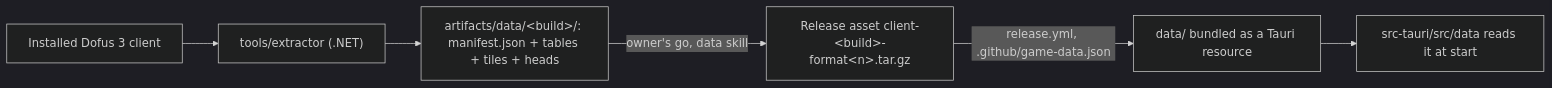
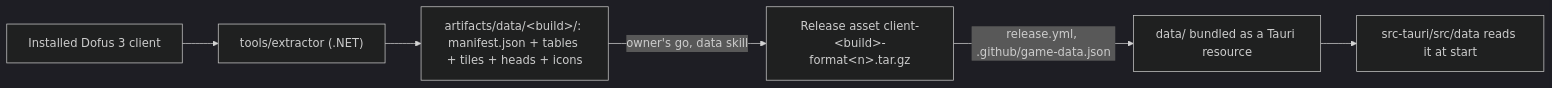
One commit to AerafalDev/D3B changed the diagram in docs/data.md. Above: the diagram before and after it, drawn with Mermaid (dark theme). The commit also changed other lines of this file and 11 other files, not shown here.

Commit message:
feat(data): every item's icon at 32 px and the jobs' icons, in the data's format 3

````diff
--- a/docs/data.md
+++ b/docs/data.md
@@ -9,8 +9,8 @@
 ```mermaid
 flowchart LR
     client["Installed Dofus 3 client"] --> extractor["tools/extractor (.NET)"]
-    extractor --> folder["artifacts/data/&lt;build&gt;/: manifest.json + tables + tiles + heads"]
+    extractor --> folder["artifacts/data/&lt;build&gt;/: manifest.json + tables + tiles + heads + icons"]
     folder -->|"owner's go, data skill"| asset["Release asset client-&lt;build&gt;-format&lt;n&gt;.tar.gz"]
     asset -->|"release.yml, .github/game-data.json"| bundle["data/ bundled as a Tauri resource"]
     bundle --> app["src-tauri/src/data reads it at start"]
 ```
````
